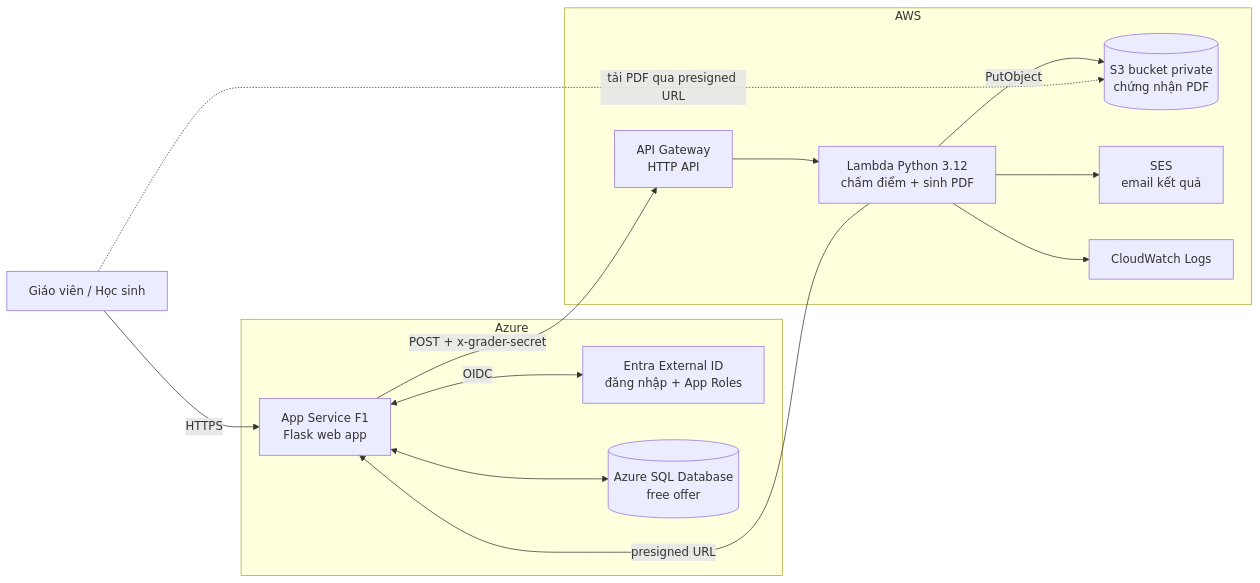
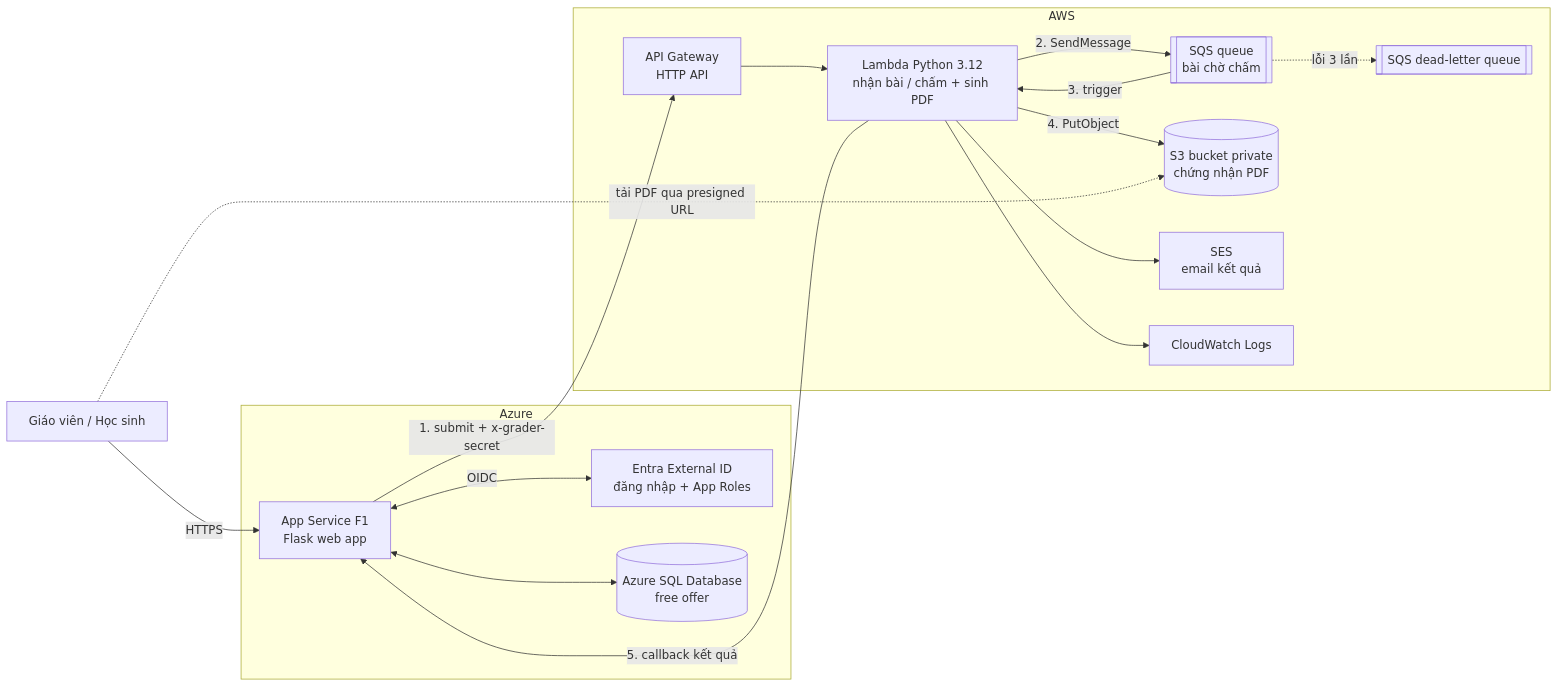
One commit to Phong02032006/aws-saa-c03-guides changed the diagram in quiz-multicloud/README.md. Above: the diagram before and after it, drawn with Mermaid. The commit also changed other lines of this file and 11 other files, not shown here.

Commit message:
QuizCloud: async grading via SQS + Lambda callback, root-level README layout

````diff
--- a/quiz-multicloud/README.md
+++ b/quiz-multicloud/README.md
@@ -8,24 +10,29 @@
 ```mermaid
 flowchart LR
   U[Giáo viên / Học sinh] -->|HTTPS| WEB
   subgraph Azure
     ENTRA[Entra External ID<br/>đăng nhập + App Roles]
     WEB[App Service F1<br/>Flask web app]
     SQL[(Azure SQL Database<br/>free offer)]
   end
   subgraph AWS
     APIGW[API Gateway<br/>HTTP API]
-    L[Lambda Python 3.12<br/>chấm điểm + sinh PDF]
+    L[Lambda Python 3.12<br/>nhận bài / chấm + sinh PDF]
+    Q[[SQS queue<br/>bài chờ chấm]]
+    DLQ[[SQS dead-letter queue]]
     S3[(S3 bucket private<br/>chứng nhận PDF)]
     SES[SES<br/>email kết quả]
     CW[CloudWatch Logs]
   end
   WEB <-->|OIDC| ENTRA
   WEB <--> SQL
-  WEB -->|POST + x-grader-secret| APIGW --> L
-  L -->|PutObject| S3
-  L -->|presigned URL| WEB
+  WEB -->|1. submit + x-grader-secret| APIGW --> L
+  L -->|2. SendMessage| Q
+  Q -->|3. trigger| L
+  Q -.->|lỗi 3 lần| DLQ
+  L -->|4. PutObject| S3
+  L -->|5. callback kết quả| WEB
   L --> SES
   L --> CW
   U -.->|tải PDF qua presigned URL| S3
 ```
````
